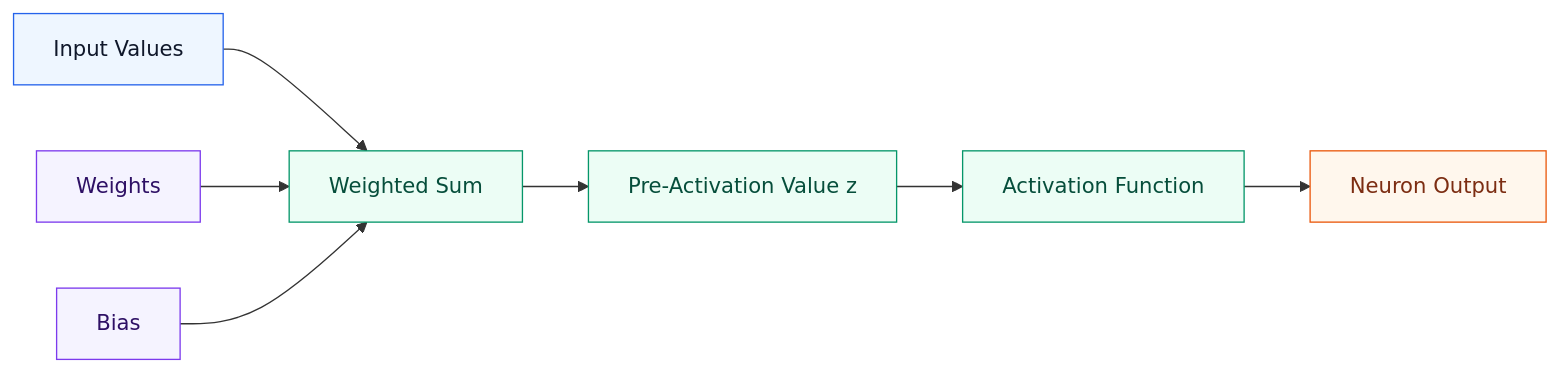
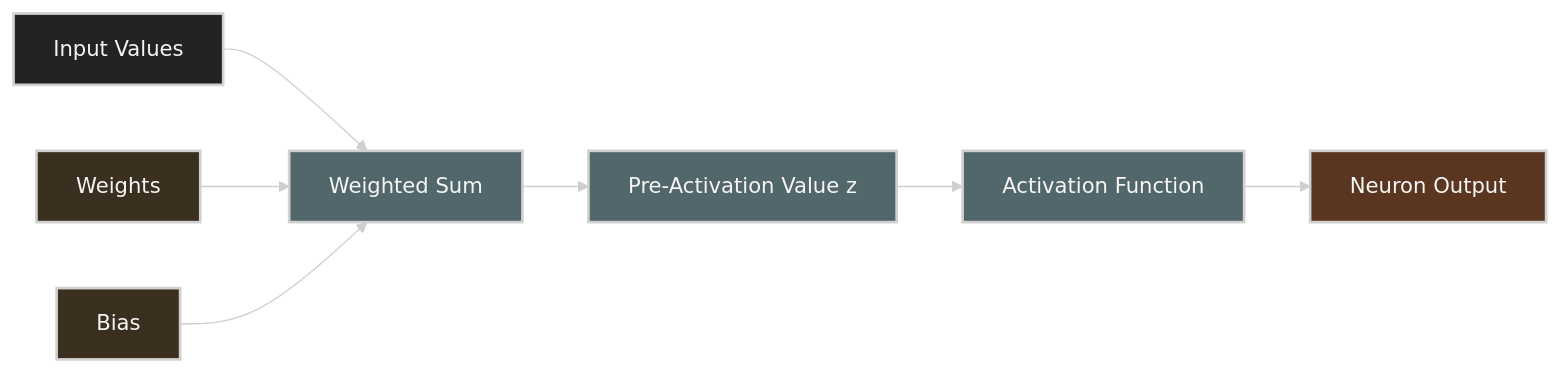
The second of 12 diagrams in deep-learning-for-network-engineers/week01/README.md (ziwon/ai-data-center-network), drawn with Mermaid before and after one commit. The commit also changed other lines of this file and 35 other files, not shown here.

Commit message:
docs(mermaid): apply dark diagram style

````diff
--- a/deep-learning-for-network-engineers/week01/README.md
+++ b/deep-learning-for-network-engineers/week01/README.md
@@ -77,14 +78,15 @@
 ```mermaid
+%%{init: {"theme": "base", "themeVariables": {"background": "#171717", "primaryColor": "#232323", "primaryTextColor": "#f5f5f5", "primaryBorderColor": "#d0d0d0", "lineColor": "#cfcfcf", "fontFamily": "Inter, Arial, sans-serif"}}}%%
 flowchart LR
-    classDef input fill:#eef6ff,stroke:#2563eb,color:#0f172a
-    classDef param fill:#f5f3ff,stroke:#7c3aed,color:#2e1065
-    classDef compute fill:#ecfdf5,stroke:#059669,color:#064e3b
-    classDef output fill:#fff7ed,stroke:#ea580c,color:#7c2d12
+    classDef input fill:#232323,stroke:#d0d0d0,color:#f5f5f5,stroke-width:2px;
+    classDef param fill:#3b2f20,stroke:#d0d0d0,color:#f5f5f5,stroke-width:2px;
+    classDef compute fill:#52676b,stroke:#d0d0d0,color:#f5f5f5,stroke-width:2px;
+    classDef output fill:#5a3520,stroke:#d0d0d0,color:#f5f5f5,stroke-width:2px;
 
     X[Input Values]:::input --> WS[Weighted Sum]:::compute
     W[Weights]:::param --> WS
     B[Bias]:::param --> WS
     WS --> Z[Pre-Activation Value z]:::compute
     Z --> AF[Activation Function]:::compute
     AF --> Y[Neuron Output]:::output
 ```
````
